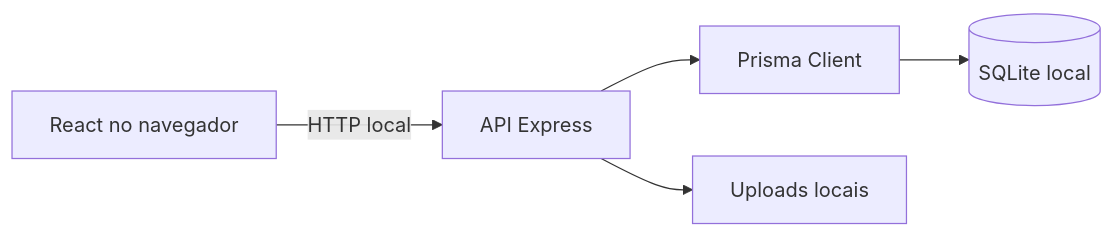
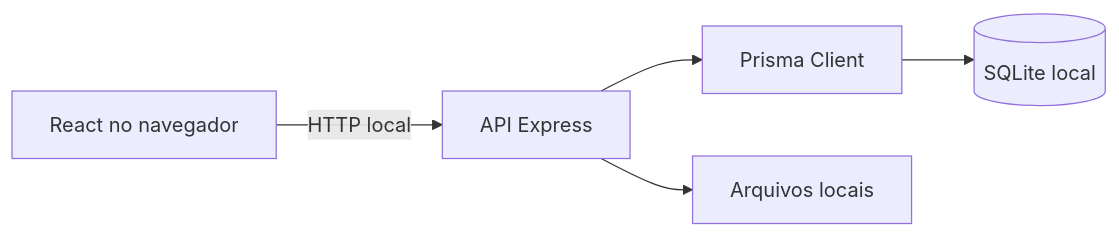
The diagram in README.md (Quadrosmatheus/gestao-funcionarios-local), drawn with Mermaid before and after one commit. The commit also changed other lines of this file, not shown here.

````diff
--- a/README.md
+++ b/README.md
@@ -157,7 +192,7 @@
 ```mermaid
 flowchart LR
-  Browser[React no navegador] -->|HTTP local| API[API Express]
-  API --> Prisma[Prisma Client]
-  Prisma --> DB[(SQLite local)]
-  API --> Files[Uploads locais]
+    Browser[React no navegador] -->|HTTP local| API[API Express]
+    API --> Prisma[Prisma Client]
+    Prisma --> DB[(SQLite local)]
+    API --> Files[Arquivos locais]
 ```
````
